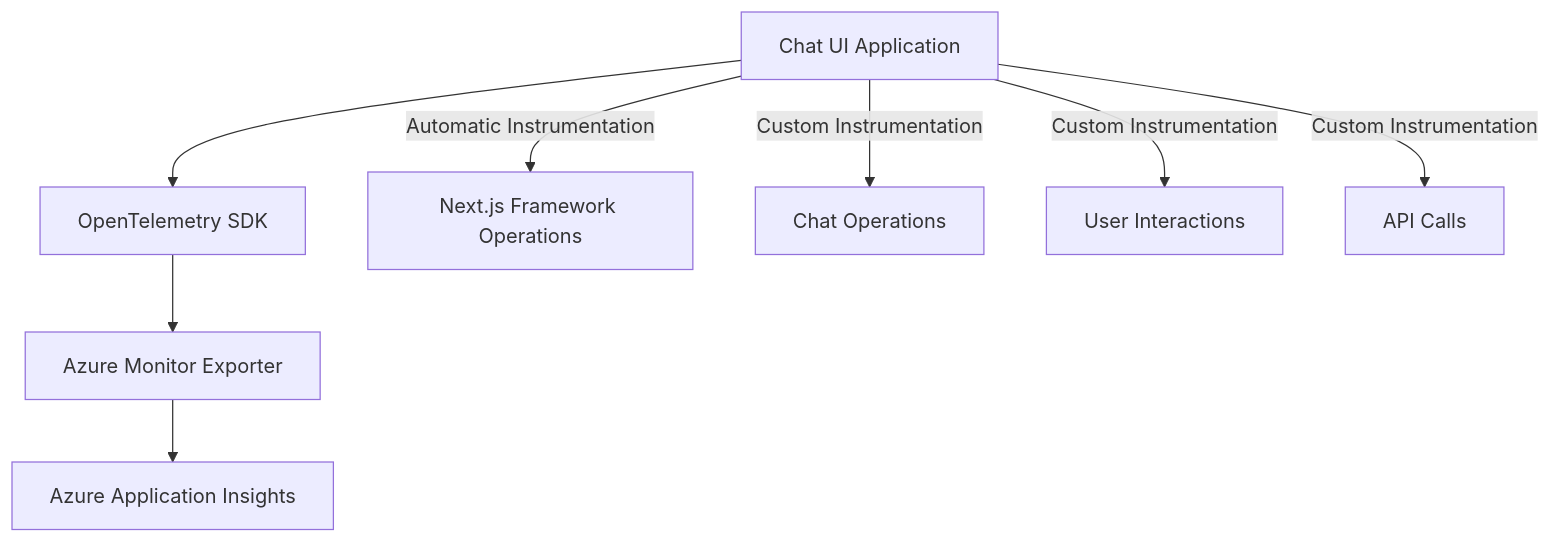
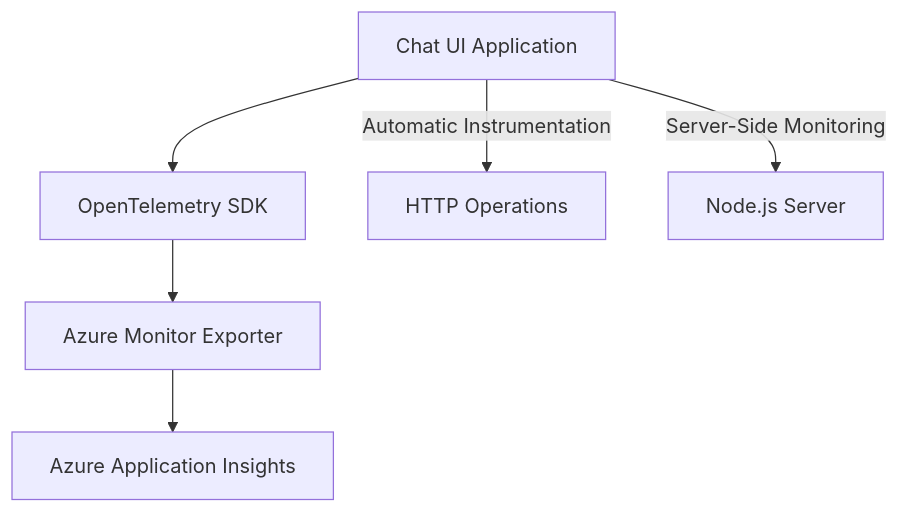
The diagram in docs/architecture/observability.md (ChrisMcKee1/ChatUI), drawn with Mermaid before and after one commit. The commit also changed other lines of this file and 8 other files, not shown here.

````diff
--- a/docs/architecture/observability.md
+++ b/docs/architecture/observability.md
@@ -21,11 +21,9 @@
 ```mermaid
 graph TD
     A[Chat UI Application] --> B[OpenTelemetry SDK]
     B --> C[Azure Monitor Exporter]
     C --> D[Azure Application Insights]
     
-    A -- "Automatic Instrumentation" --> E[Next.js Framework Operations]
-    A -- "Custom Instrumentation" --> F[Chat Operations]
-    A -- "Custom Instrumentation" --> G[User Interactions]
-    A -- "Custom Instrumentation" --> H[API Calls]
+    A -- "Automatic Instrumentation" --> E[HTTP Operations]
+    A -- "Server-Side Monitoring" --> F[Node.js Server]
 ```
````
